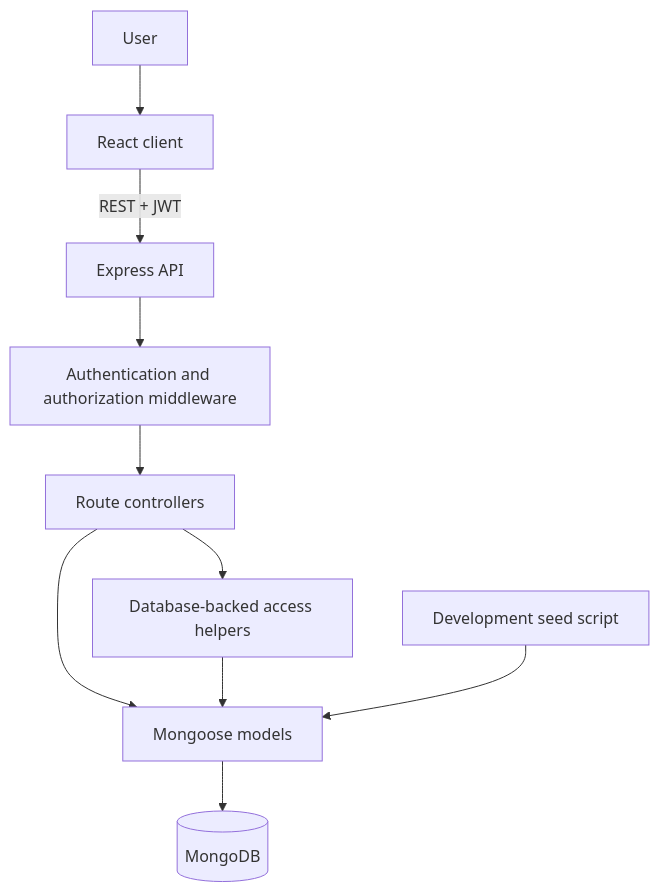
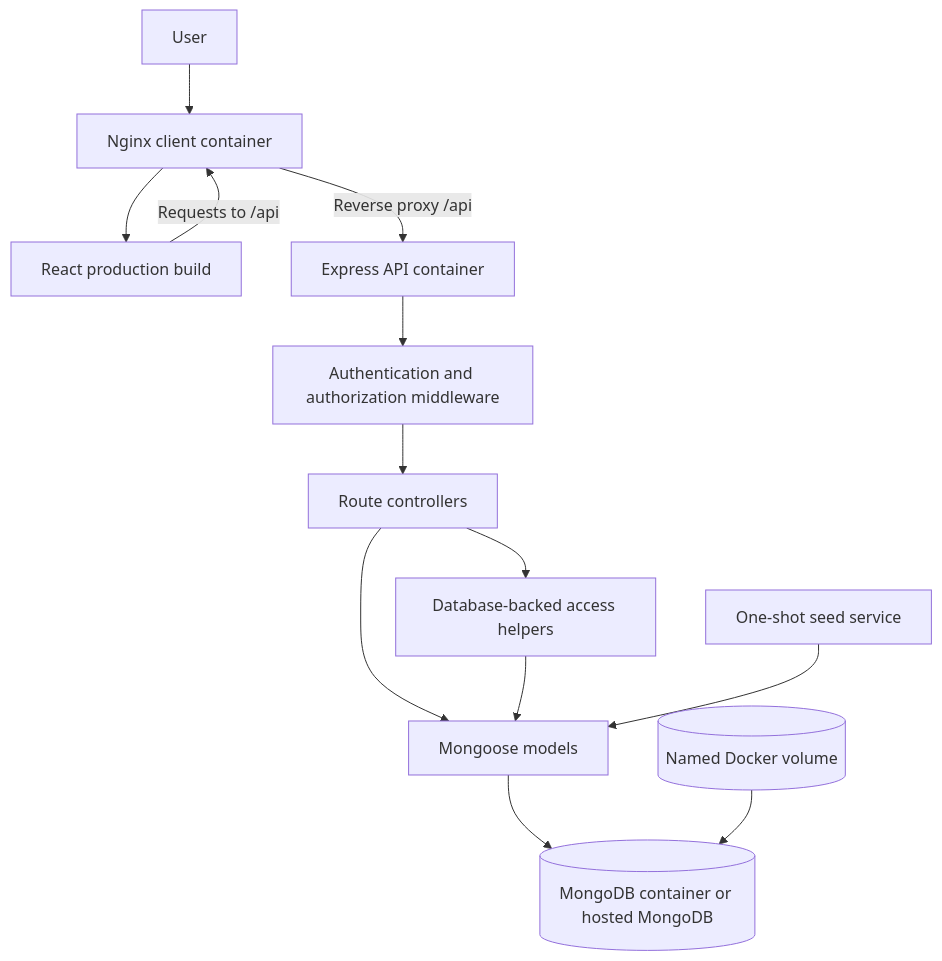
Before and after one commit to SanukaWaravita/collaboard_2: the diagram in README.md, drawn with Mermaid. The commit also changed other lines of this file, not shown here.

Commit message:
docs: document Docker Compose setup

````diff
--- a/README.md
+++ b/README.md
@@ -548,12 +806,15 @@
 ```mermaid
 flowchart TD
-    User[User] --> Client[React client]
-    Client -->|REST + JWT| API[Express API]
+    User[User] --> Nginx[Nginx client container]
+    Nginx --> Client[React production build]
+    Client -->|Requests to /api| Nginx
+    Nginx -->|Reverse proxy /api| API[Express API container]
     API --> Middleware[Authentication and authorization middleware]
     Middleware --> Controllers[Route controllers]
     Controllers --> Access[Database-backed access helpers]
     Controllers --> Models[Mongoose models]
     Access --> Models
-    Models --> MongoDB[(MongoDB)]
-    Seed[Development seed script] --> Models
+    Models --> MongoDB[(MongoDB container or hosted MongoDB)]
+    Seed[One-shot seed service] --> Models
+    Volume[(Named Docker volume)] --> MongoDB
 ```
````
